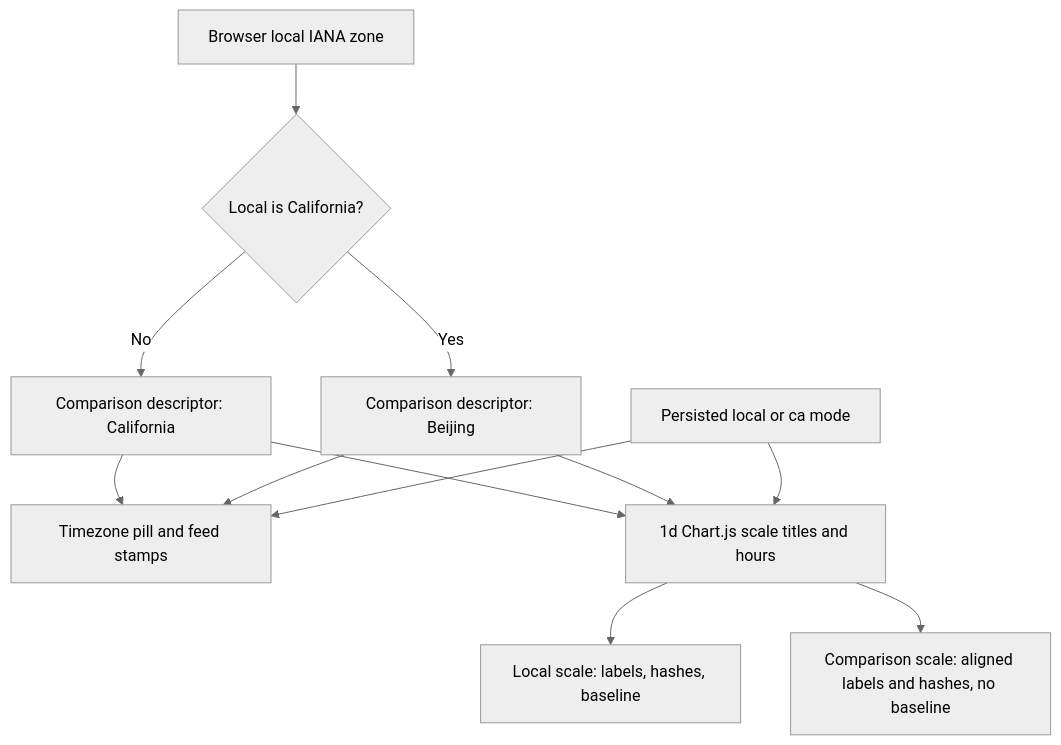
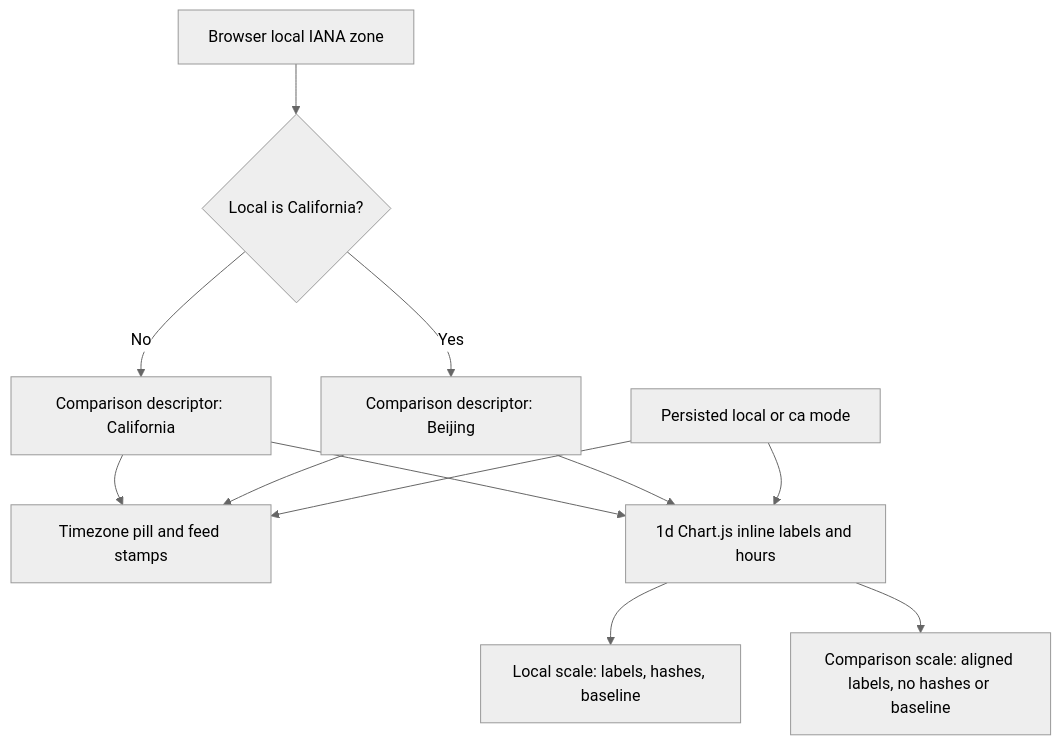
The first of 2 diagrams in docs/plans/2026-08-26-090146-feat-pulse-feed-timezone-polish-plan.md (allenwlee/pushin-weight-v2), drawn with Mermaid (neutral theme) before and after one commit. The commit also changed other lines of this file and 8 other files, not shown here.

````diff
--- a/docs/plans/2026-08-26-090146-feat-pulse-feed-timezone-polish-plan.md
+++ b/docs/plans/2026-08-26-090146-feat-pulse-feed-timezone-polish-plan.md
@@ -184,14 +186,14 @@
 ```mermaid
 flowchart TB
   TZ[Browser local IANA zone] --> DESC{Local is California?}
   DESC -->|No| CA[Comparison descriptor: California]
   DESC -->|Yes| BJ[Comparison descriptor: Beijing]
   CA --> PILL[Timezone pill and feed stamps]
   BJ --> PILL
-  CA --> AXES[1d Chart.js scale titles and hours]
+  CA --> AXES[1d Chart.js inline labels and hours]
   BJ --> AXES
   MODE[Persisted local or ca mode] --> PILL
   MODE --> AXES
   AXES --> LOCAL[Local scale: labels, hashes, baseline]
-  AXES --> COMP[Comparison scale: aligned labels and hashes, no baseline]
+  AXES --> COMP[Comparison scale: aligned labels, no hashes or baseline]
 ```
````
